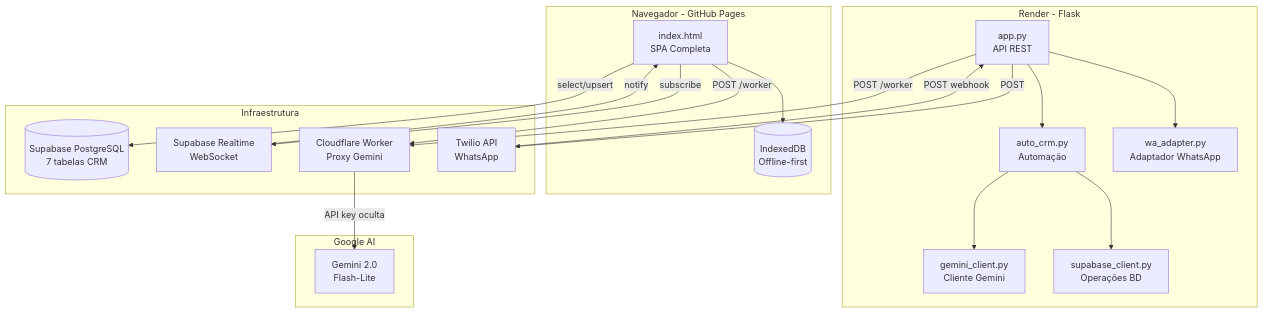
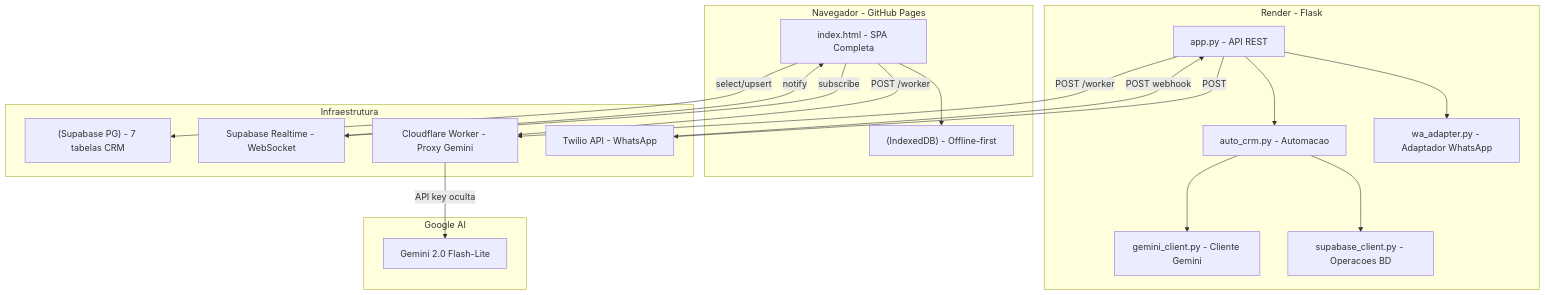
Before and after one commit to Tinho2508/JAF-CRM: the ninth of 10 diagrams in README.md, drawn with Mermaid. The commit also changed other lines of this file, not shown here.

Commit message:
fix: remove <br/> from Mermaid diagrams for GitHub compat
GitHub's Mermaid parser does not support <br/> inside [bracket] node
labels in flowchart/graph diagrams. Replaced with quoted strings
and removed all HTML line breaks.

````diff
--- a/README.md
+++ b/README.md
@@ -451,40 +451,40 @@
 ```mermaid
 graph TB
-    subgraph Frontend [Navegador - GitHub Pages]
-        SPA[index.html<br/>SPA Completa]
-        IDB[(IndexedDB<br/>Offline-first)]
+    subgraph Frontend["Navegador - GitHub Pages"]
+        SPA["index.html - SPA Completa"]
+        IDB["(IndexedDB) - Offline-first"]
         SPA --> IDB
     end
 
-    subgraph Backend [Render - Flask]
-        API[app.py<br/>API REST]
-        AUTO[auto_crm.py<br/>Automação]
-        GEM[gemini_client.py<br/>Cliente Gemini]
-        SUP[supabase_client.py<br/>Operações BD]
-        WA[wa_adapter.py<br/>Adaptador WhatsApp]
+    subgraph Backend["Render - Flask"]
+        API["app.py - API REST"]
+        AUTO["auto_crm.py - Automacao"]
+        GEM["gemini_client.py - Cliente Gemini"]
+        SUP["supabase_client.py - Operacoes BD"]
+        WA["wa_adapter.py - Adaptador WhatsApp"]
         API --> AUTO
         API --> WA
         AUTO --> GEM
         AUTO --> SUP
     end
 
-    subgraph Cloud [Infraestrutura]
-        PG[(Supabase PostgreSQL<br/>7 tabelas CRM)]
-        REAL[Supabase Realtime<br/>WebSocket]
-        WORKER[Cloudflare Worker<br/>Proxy Gemini]
-        TW[Twilio API<br/>WhatsApp]
+    subgraph Cloud["Infraestrutura"]
+        PG["(Supabase PG) - 7 tabelas CRM"]
+        REAL["Supabase Realtime - WebSocket"]
+        WORKER["Cloudflare Worker - Proxy Gemini"]
+        TW["Twilio API - WhatsApp"]
     end
 
-    subgraph IA [Google AI]
-        GEMINI[Gemini 2.0<br/>Flash-Lite]
+    subgraph IA["Google AI"]
+        GEMINI["Gemini 2.0 Flash-Lite"]
     end
 
     SPA -->|select/upsert| PG
     SPA -->|subscribe| REAL
     REAL -->|notify| SPA
     SPA -->|POST /worker| WORKER
     WORKER -->|API key oculta| GEMINI
     TW -->|POST webhook| API
     API -->|POST| TW
     API -->|POST /worker| WORKER
 ```
````
